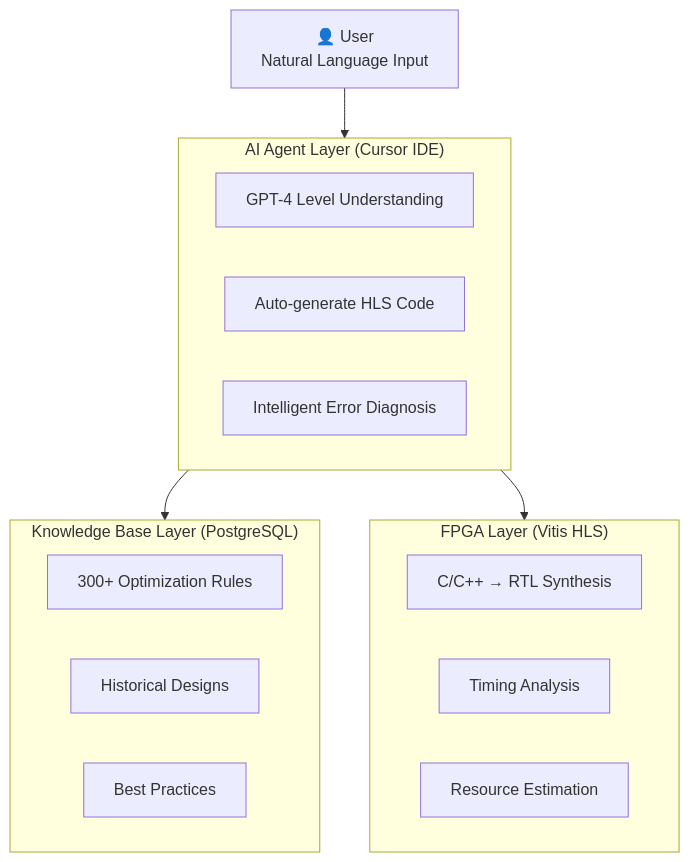
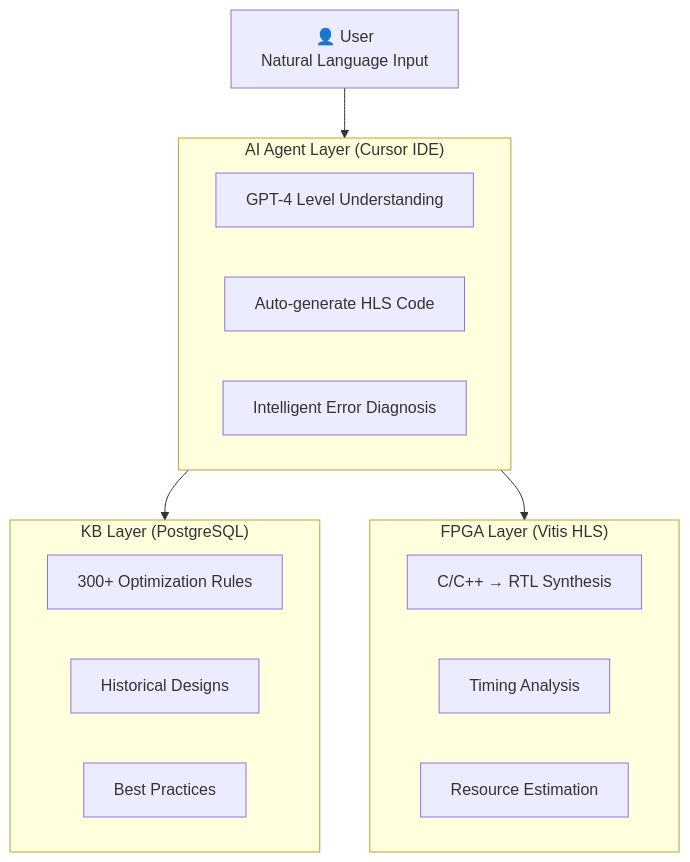
One commit to aicoforge/cursor-hls-forge changed the diagram in README_EN.md. Above: the diagram before and after it, drawn with Mermaid.

````diff
--- a/README_EN.md
+++ b/README_EN.md
@@ -123,26 +123,26 @@
 ```mermaid
 flowchart TB
     User["👤 User<br/>Natural Language Input"]
     
     subgraph AI["AI Agent Layer (Cursor IDE)"]
         AI1["GPT-4 Level Understanding"]
         AI2["Auto-generate HLS Code"]
         AI3["Intelligent Error Diagnosis"]
     end
     
-    subgraph KB["Knowledge Base Layer (PostgreSQL)"]
+    subgraph KB["KB Layer (PostgreSQL)"]
         KB1["300+ Optimization Rules"]
         KB2["Historical Designs"]
         KB3["Best Practices"]
     end
     
     subgraph FPGA["FPGA Layer (Vitis HLS)"]
         FPGA1["C/C++ → RTL Synthesis"]
         FPGA2["Timing Analysis"]
         FPGA3["Resource Estimation"]
     end
     
     User --> AI
     AI --> KB
     AI --> FPGA
 ```
````
